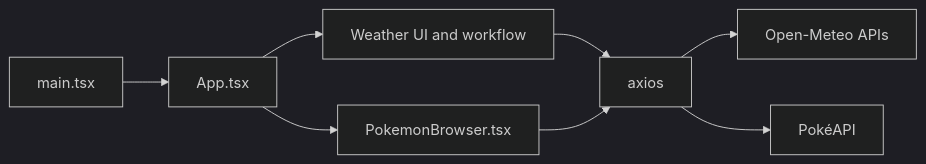
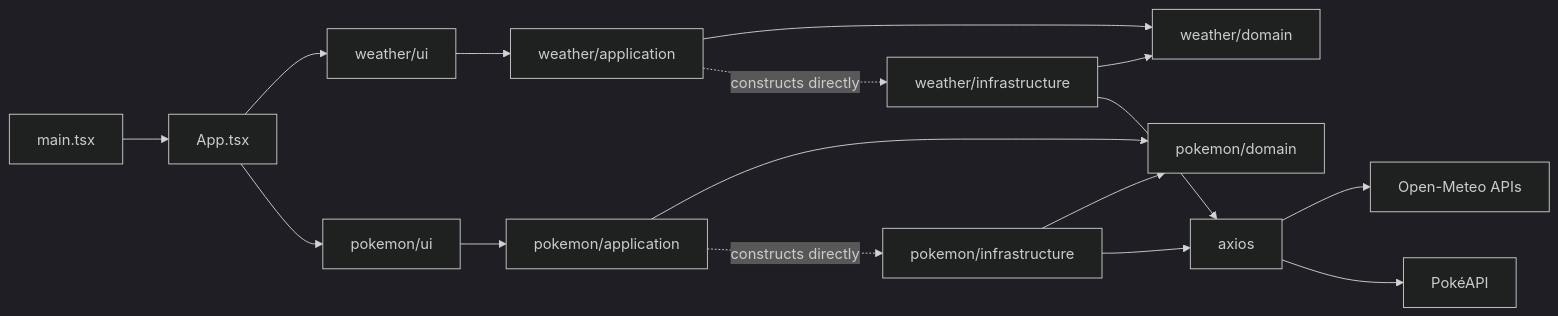
The diagram in docs/architecture.md (Mikode13/slop-lab), drawn with Mermaid (dark theme) before and after one commit. The commit also changed other lines of this file and 37 other files, not shown here.

First line of the commit message:
refactor: introduce layered architecture for Pokémon and Weather (#21)

````diff
--- a/docs/architecture.md
+++ b/docs/architecture.md
@@ -23,10 +24,18 @@
 ```mermaid
 flowchart LR
     Main[main.tsx] --> App[App.tsx]
-    App --> Weather[Weather UI and workflow]
-    App --> Pokemon[PokemonBrowser.tsx]
-    Weather --> Axios[axios]
-    Pokemon --> Axios
+    App --> WeatherUI[weather/ui]
+    App --> PokemonUI[pokemon/ui]
+    WeatherUI --> WeatherApp[weather/application]
+    PokemonUI --> PokemonApp[pokemon/application]
+    WeatherApp --> WeatherDomain[weather/domain]
+    PokemonApp --> PokemonDomain[pokemon/domain]
+    WeatherApp -. constructs directly .-> WeatherInfra[weather/infrastructure]
+    PokemonApp -. constructs directly .-> PokemonInfra[pokemon/infrastructure]
+    WeatherInfra --> WeatherDomain
+    PokemonInfra --> PokemonDomain
+    WeatherInfra --> Axios[axios]
+    PokemonInfra --> Axios
     Axios --> OpenMeteo[Open-Meteo APIs]
     Axios --> PokeAPI[PokéAPI]
 ```
````
